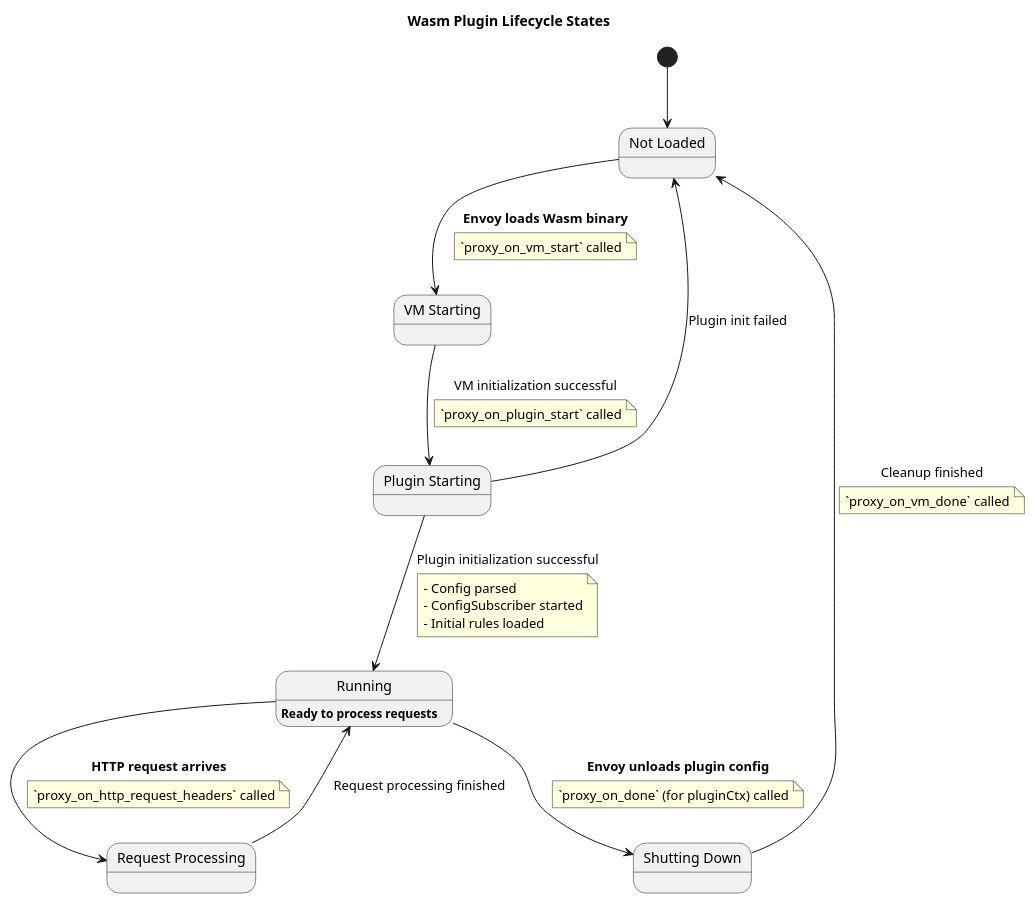
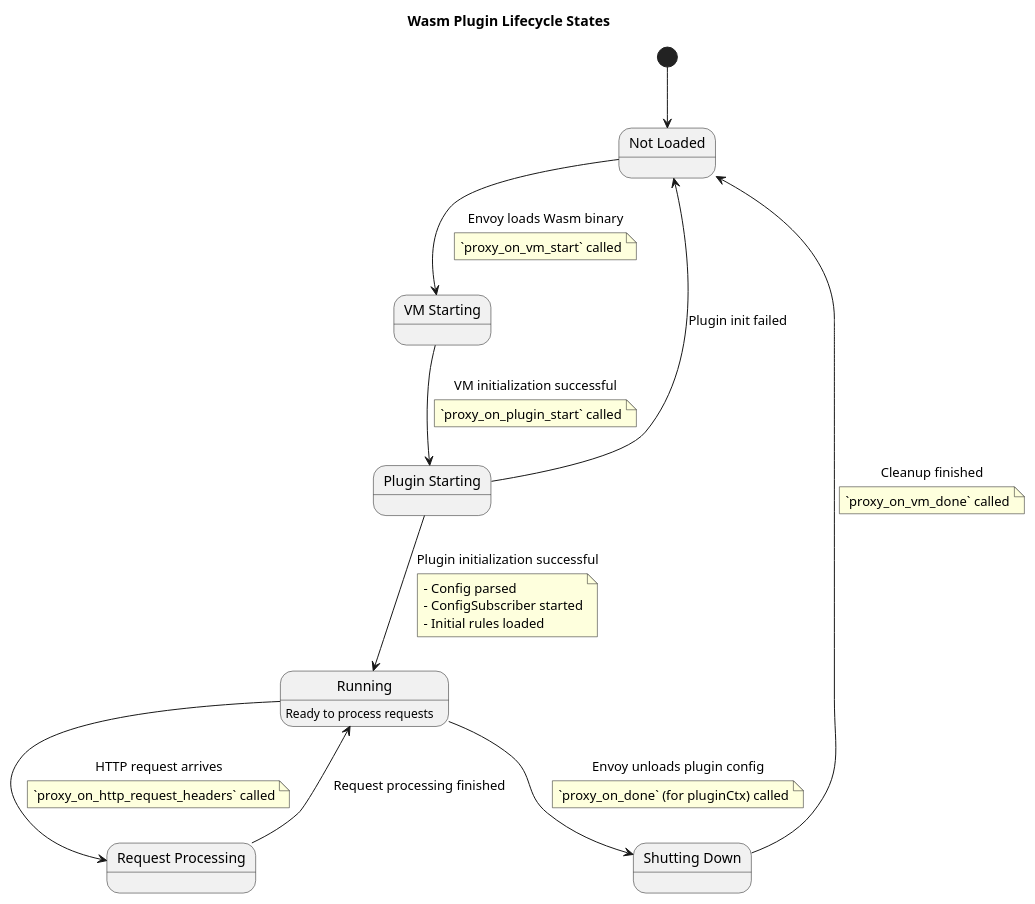
One commit to kalahetun/Minesweeper changed the third of 9 diagrams in executor/docs/design_doc/Design_2_Wasm_plugin.md. Above: the diagram before and after it, drawn with PlantUML. The commit also changed other lines of this file and 27 other files, not shown here.

````diff
--- a/executor/docs/design_doc/Design_2_Wasm_plugin.md
+++ b/executor/docs/design_doc/Design_2_Wasm_plugin.md
@@ -164,40 +164,40 @@
 ```plantuml
 @startuml
 title Wasm Plugin Lifecycle States
 
 state "Not Loaded" as NotLoaded
 state "VM Starting" as VMStarting
 state "Plugin Starting" as PluginStarting
 state "Running" as Running
 state "Request Processing" as Processing
 state "Shutting Down" as ShuttingDown
 
 [*] --> NotLoaded
 
-NotLoaded --> VMStarting: **Envoy loads Wasm binary**
+NotLoaded --> VMStarting: Envoy loads Wasm binary
 note on link: `proxy_on_vm_start` called
 
 VMStarting --> PluginStarting: VM initialization successful
 note on link: `proxy_on_plugin_start` called
 
 PluginStarting --> Running: Plugin initialization successful
 note on link
   - Config parsed
   - ConfigSubscriber started
   - Initial rules loaded
 end note
 PluginStarting --> NotLoaded: Plugin init failed
 
-Running: **Ready to process requests**
+Running: Ready to process requests
 
-Running --> Processing: **HTTP request arrives**
+Running --> Processing: HTTP request arrives
 note on link: `proxy_on_http_request_headers` called
 Processing --> Running: Request processing finished
 
-Running --> ShuttingDown: **Envoy unloads plugin config**
+Running --> ShuttingDown: Envoy unloads plugin config
 note on link: `proxy_on_done` (for pluginCtx) called
 
 ShuttingDown --> NotLoaded: Cleanup finished
 note on link: `proxy_on_vm_done` called
 @enduml
 ```
````
